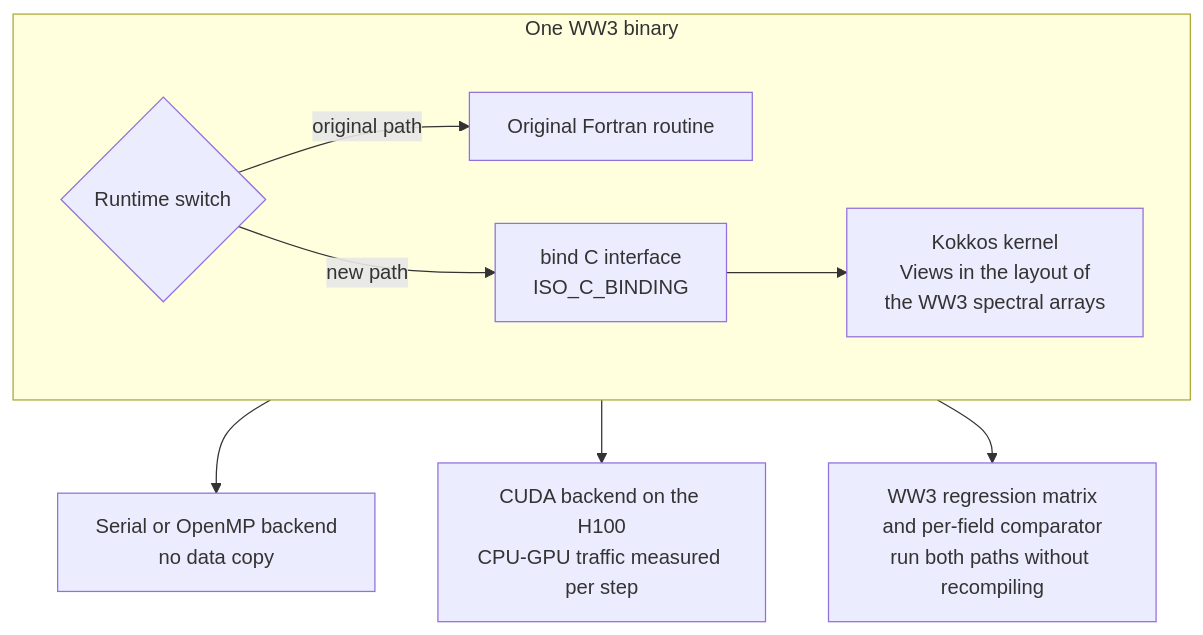
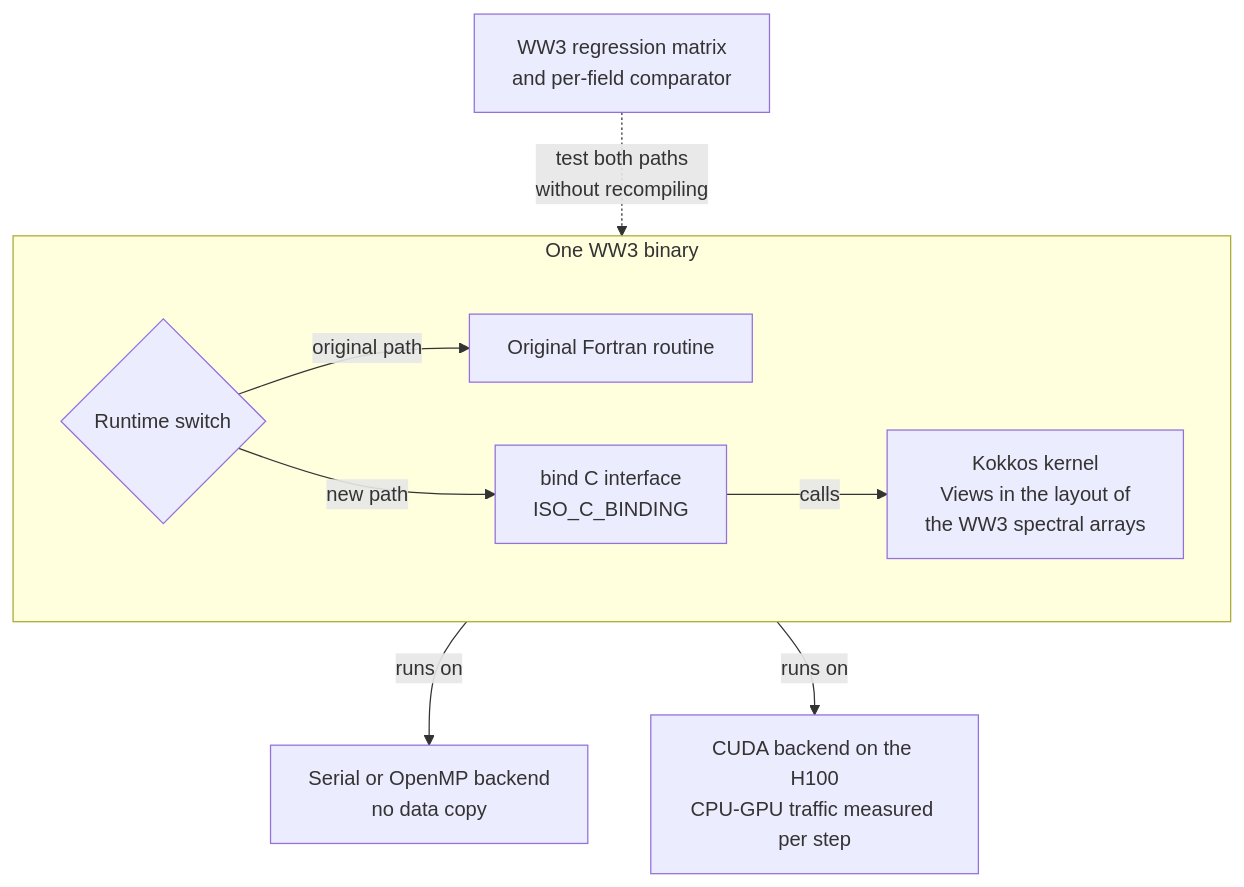
The second of 4 diagrams in course/13-bulk-porting-with-agents.md (h0ffmann/ww3-gpu), drawn with Mermaid before and after one commit. The commit also changed other lines of this file and 15 other files, not shown here.

First line of the commit message:
figures: clearer diagrams and explanations always visible

````diff
--- a/course/13-bulk-porting-with-agents.md
+++ b/course/13-bulk-porting-with-agents.md
@@ -86,17 +86,17 @@
 ```mermaid
 %% figure: kokkos-interop-one-binary
 %% title: How do the original Fortran routine and its Kokkos kernel coexist in one WW3 binary?
 flowchart TB
     subgraph BIN[One WW3 binary]
         direction LR
         F[Original Fortran routine]
         SW{Runtime switch}
         C[bind C interface<br/>ISO_C_BINDING]
         K[Kokkos kernel<br/>Views in the layout of<br/>the WW3 spectral arrays]
         SW -- original path --> F
-        SW -- new path --> C --> K
+        SW -- new path --> C -- calls --> K
     end
-    K --> CPU[Serial or OpenMP backend<br/>no data copy]
-    K --> GPU[CUDA backend on the H100<br/>CPU-GPU traffic measured per step]
-    BIN --> M[WW3 regression matrix<br/>and per-field comparator<br/>run both paths without recompiling]
+    K -- runs on --> CPU[Serial or OpenMP backend<br/>no data copy]
+    K -- runs on --> GPU[CUDA backend on the H100<br/>CPU-GPU traffic measured per step]
+    M[WW3 regression matrix<br/>and per-field comparator] -. test both paths<br/>without recompiling .-> BIN
 ```
````
